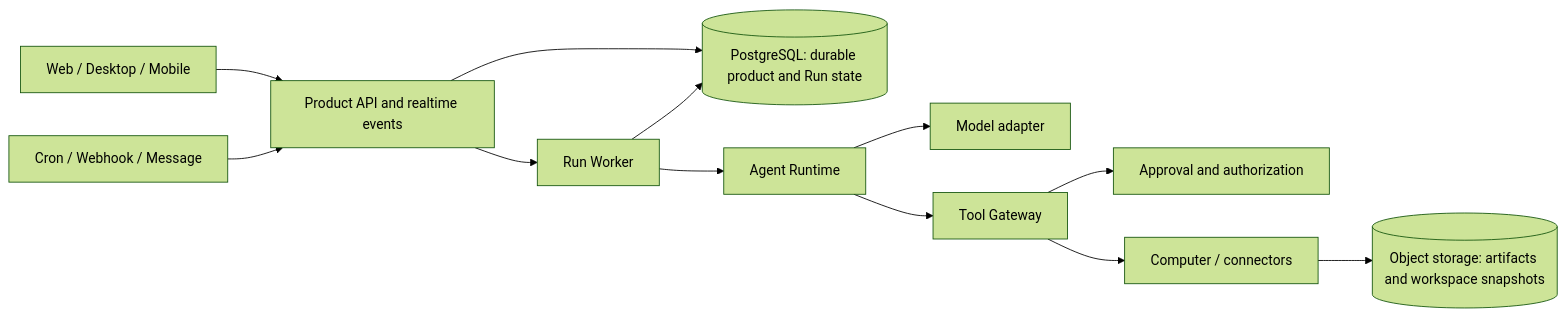
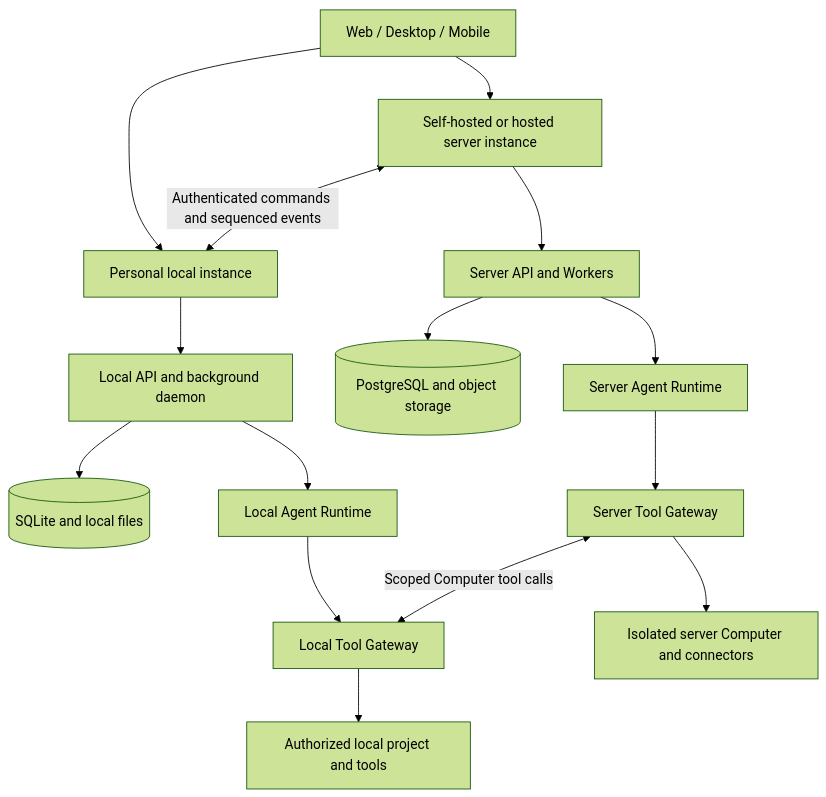
Before and after one commit to raypx/raypx: the diagram in docs/roadmap.md, drawn with Mermaid (forest theme). The commit also changed other lines of this file and 8 other files, not shown here.

Commit message:
feat(agent): define local-server platform and run contract

````diff
--- a/docs/roadmap.md
+++ b/docs/roadmap.md
@@ -15,14 +17,17 @@
 ```mermaid
-flowchart LR
-    C[Web / Desktop / Mobile] --> API[Product API and realtime events]
-    API --> DB[(PostgreSQL: durable product and Run state)]
-    API --> W[Run Worker]
-    T[Cron / Webhook / Message] --> API
-    W --> R[Agent Runtime]
-    R --> M[Model adapter]
-    R --> G[Tool Gateway]
-    G --> A[Approval and authorization]
-    G --> P[Computer / connectors]
-    P --> O[(Object storage: artifacts and workspace snapshots)]
-    W --> DB
+flowchart TD
+    C[Web / Desktop / Mobile] --> L[Personal local instance]
+    C --> S[Self-hosted or hosted server instance]
+    L --> LA[Local API and background daemon]
+    LA --> LDB[(SQLite and local files)]
+    LA --> LR[Local Agent Runtime]
+    LR --> LT[Local Tool Gateway]
+    LT --> LP[Authorized local project and tools]
+    S --> SA[Server API and Workers]
+    SA --> PDB[(PostgreSQL and object storage)]
+    SA --> SR[Server Agent Runtime]
+    SR --> ST[Server Tool Gateway]
+    ST --> SP[Isolated server Computer and connectors]
+    ST <-->|Scoped Computer tool calls| LT
+    S <-->|Authenticated commands and sequenced events| L
 ```
````
